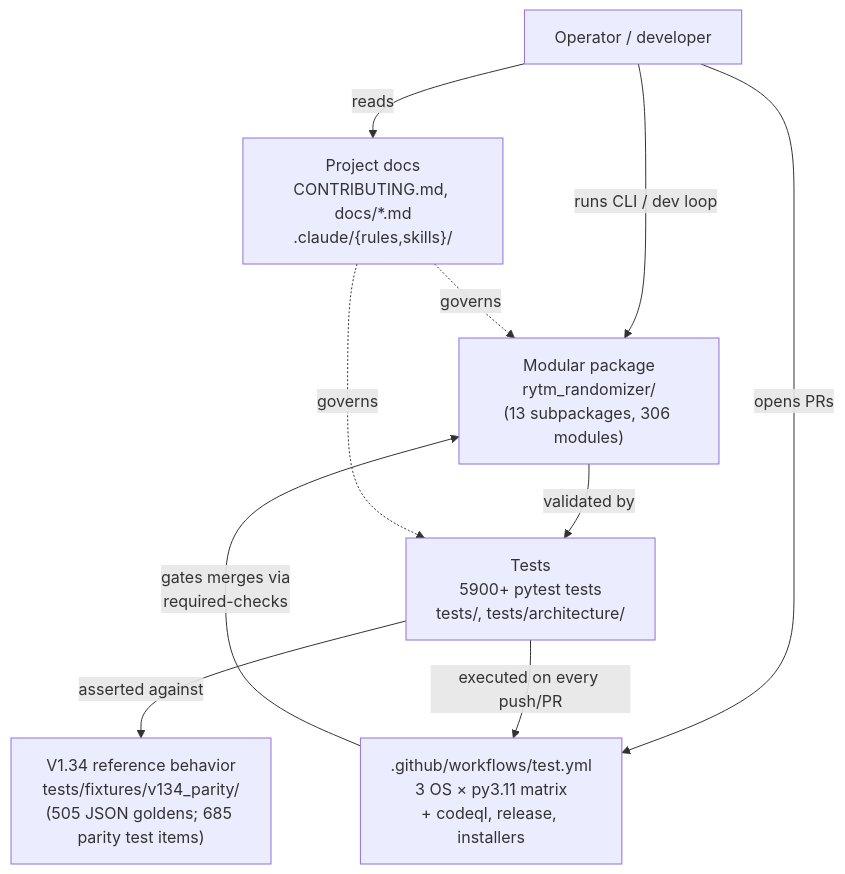
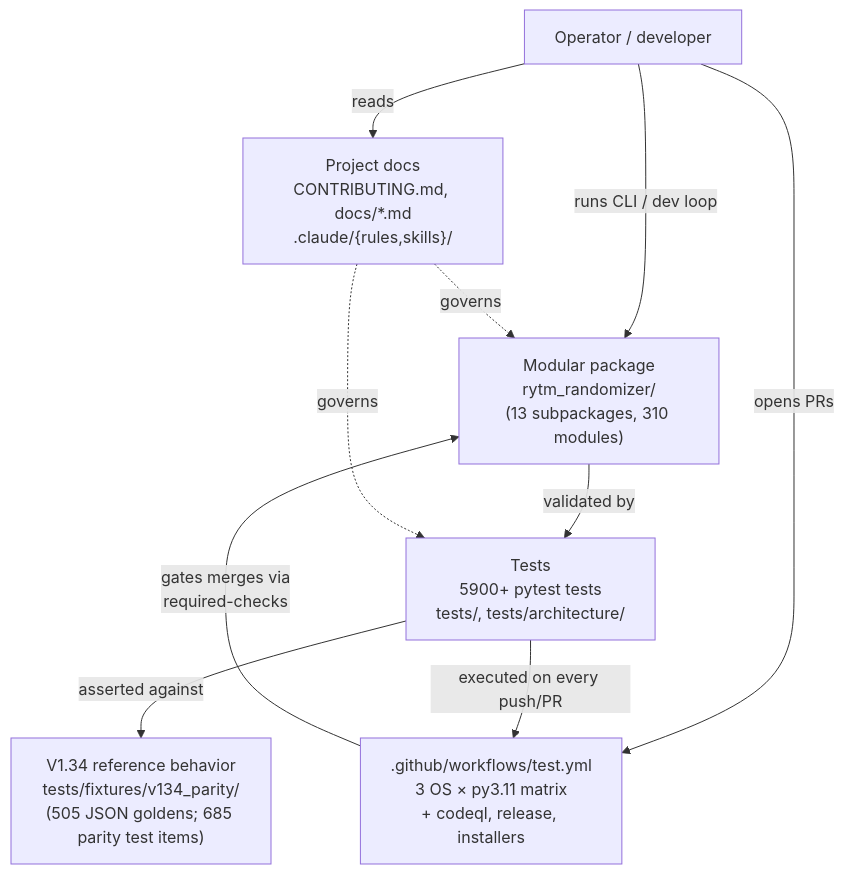
One commit to buzzijose-hub/RytmRandomizer changed the first of 34 diagrams in docs/ARCHITECTURE_DIAGRAMS.md. Above: the diagram before and after it, drawn with Mermaid. The commit also changed other lines of this file and 12 other files, not shown here.

````diff
--- a/docs/ARCHITECTURE_DIAGRAMS.md
+++ b/docs/ARCHITECTURE_DIAGRAMS.md
@@ -48,22 +48,22 @@
 ```mermaid
 flowchart TB
     User["Operator / developer"]
     V134["V1.34 reference behavior<br/>tests/fixtures/v134_parity/<br/>(505 JSON goldens; 685 parity test items)"]
-    Package["Modular package<br/>rytm_randomizer/<br/>(13 subpackages, 306 modules)"]
+    Package["Modular package<br/>rytm_randomizer/<br/>(13 subpackages, 310 modules)"]
     Tests["Tests<br/>5900+ pytest tests<br/>tests/, tests/architecture/"]
     CI[".github/workflows/test.yml<br/>3 OS × py3.11 matrix<br/>+ codeql, release, installers"]
     Docs["Project docs<br/>CONTRIBUTING.md, docs/*.md<br/>.claude/{rules,skills}/"]
 
     User -->|"runs CLI / dev loop"| Package
     User -->|"opens PRs"| CI
     User -->|"reads"| Docs
 
     Package -->|"validated by"| Tests
     Tests -->|"asserted against"| V134
     Tests -->|"executed on every push/PR"| CI
 
     CI -->|"gates merges via<br/>required-checks"| Package
 
     Docs -.->|"governs"| Package
     Docs -.->|"governs"| Tests
 ```
````
